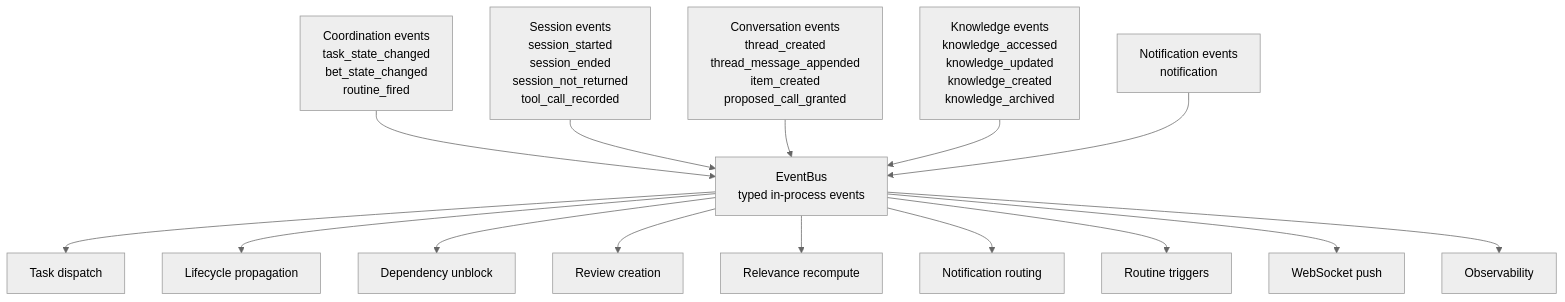
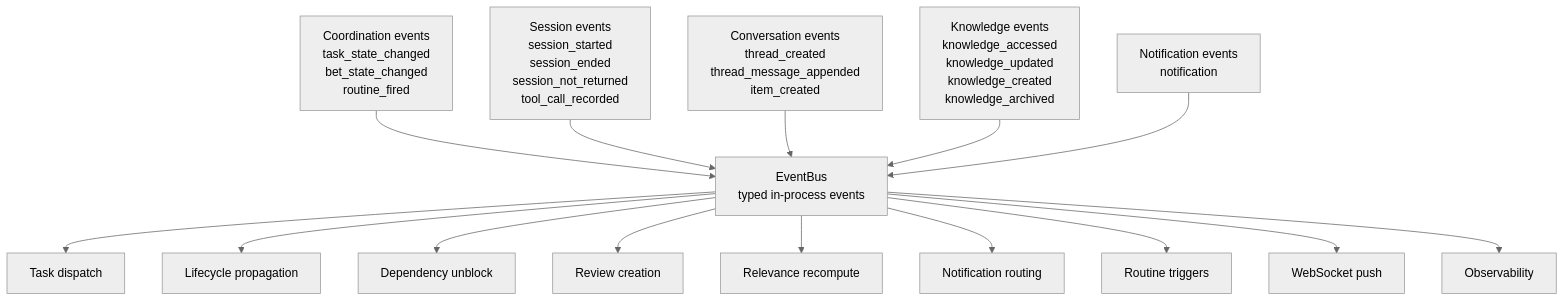
Before and after one commit to idle-builders/hyperidle: diagram 11 of 12 in docs/architecture/as-implemented-domain-architecture.md, drawn with Mermaid (neutral theme). The commit also changed other lines of this file and 102 other files, not shown here.

````diff
--- a/docs/architecture/as-implemented-domain-architecture.md
+++ b/docs/architecture/as-implemented-domain-architecture.md
@@ -339,20 +330,20 @@
 ```mermaid
 flowchart TB
   EventBus["EventBus\ntyped in-process events"]
 
   CoordinationEvents["Coordination events\ntask_state_changed\nbet_state_changed\nroutine_fired"] --> EventBus
   SessionEvents["Session events\nsession_started\nsession_ended\nsession_not_returned\ntool_call_recorded"] --> EventBus
-  ConversationEvents["Conversation events\nthread_created\nthread_message_appended\nitem_created\nproposed_call_granted"] --> EventBus
+  ConversationEvents["Conversation events\nthread_created\nthread_message_appended\nitem_created"] --> EventBus
   KnowledgeEvents["Knowledge events\nknowledge_accessed\nknowledge_updated\nknowledge_created\nknowledge_archived"] --> EventBus
   NotificationEvents["Notification events\nnotification"] --> EventBus
 
   EventBus --> TaskDispatch["Task dispatch"]
   EventBus --> Lifecycle["Lifecycle propagation"]
   EventBus --> Dependency["Dependency unblock"]
   EventBus --> ReviewCreation["Review creation"]
   EventBus --> Relevance["Relevance recompute"]
   EventBus --> Notifications["Notification routing"]
   EventBus --> Routines["Routine triggers"]
   EventBus --> Push["WebSocket push"]
   EventBus --> Observability["Observability"]
 ```
````
